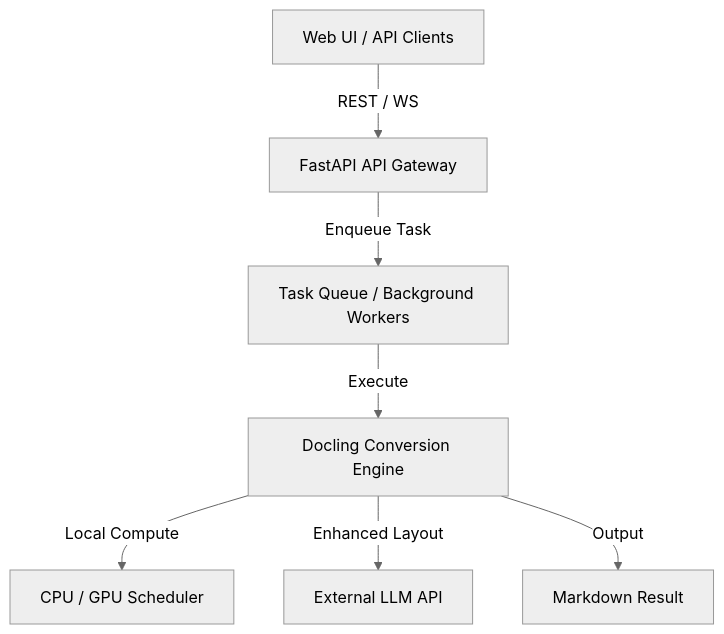
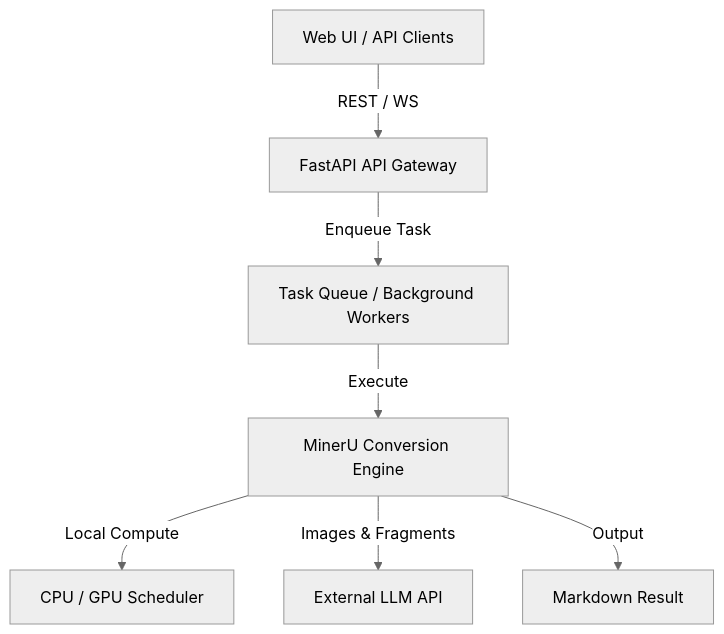
One commit to zx2015/doc2md changed the diagram in docs/design/ARCH_OVERVIEW.md. Above: the diagram before and after it, drawn with Mermaid (neutral theme). The commit also changed other lines of this file and 17 other files, not shown here.

Commit message:
chore: align specification, plan, tests and database migration with MinerU engine migration

````diff
--- a/docs/design/ARCH_OVERVIEW.md
+++ b/docs/design/ARCH_OVERVIEW.md
@@ -11,9 +12,9 @@
 ```mermaid
 graph TD
     Client[Web UI / API Clients] -->|REST / WS| FastAPI[FastAPI API Gateway]
     FastAPI -->|Enqueue Task| TaskQueue[Task Queue / Background Workers]
-    TaskQueue -->|Execute| DoclingEngine[Docling Conversion Engine]
-    DoclingEngine -->|Local Compute| Hardware[CPU / GPU Scheduler]
-    DoclingEngine -->|Enhanced Layout| ExternalLLM[External LLM API]
-    DoclingEngine -->|Output| MarkdownFile[Markdown Result]
+    TaskQueue -->|Execute| MinerUEngine[MinerU Conversion Engine]
+    MinerUEngine -->|Local Compute| Hardware[CPU / GPU Scheduler]
+    MinerUEngine -->|Images & Fragments| ExternalLLM[External LLM API]
+    MinerUEngine -->|Output| MarkdownFile[Markdown Result]
 ```
````
